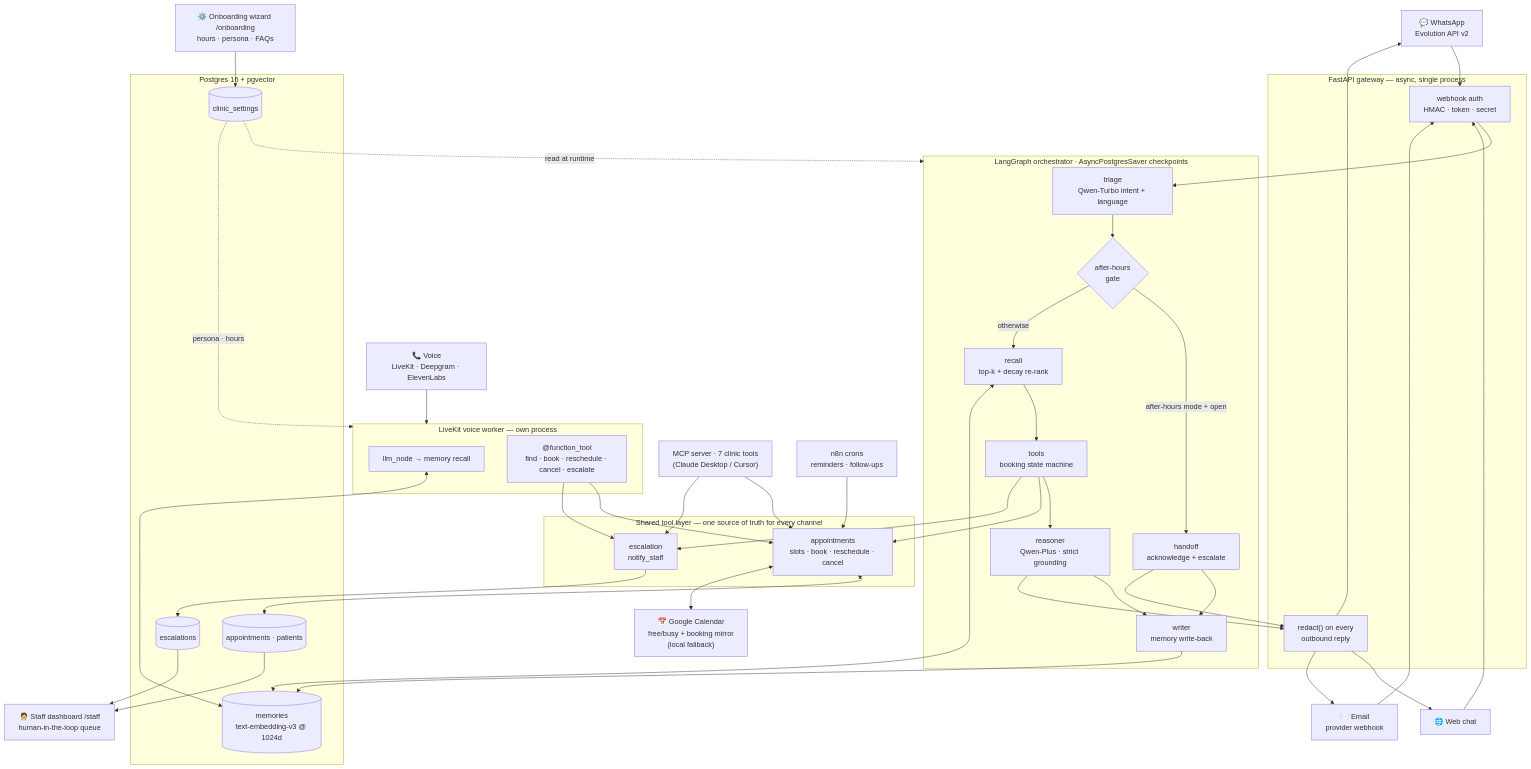
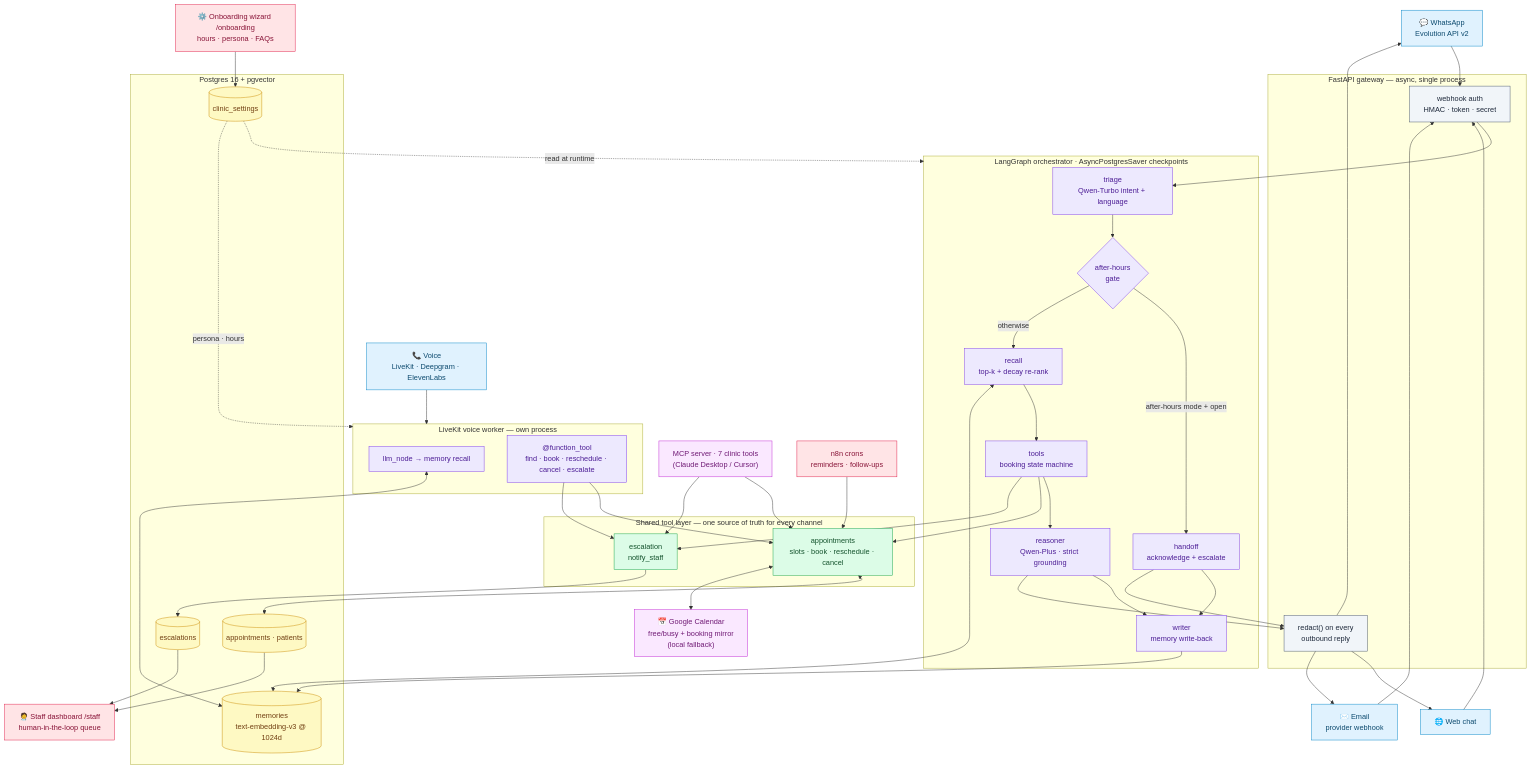
One commit to Otitodev/Maindesk changed the diagram in README.md. Above: the diagram before and after it, drawn with Mermaid. The commit also changed other lines of this file and 1 other file, not shown here.

Commit message:
Color-code the architecture diagram by layer
Add Mermaid classDef styling so the diagram reads at a glance — channels,
gateway, agent brain, shared tool layer, data, ops surfaces, and external
integrations each get a colour, with a legend in the README. Re-rendered
docs/architecture.png; validated with mermaid-cli.

https://claude.ai/code/session_01WMhdcasFLuyCec9vfBZ1QV

````diff
--- a/README.md
+++ b/README.md
@@ -102,4 +102,20 @@
     CFG -.->|read at runtime| LG
     CFG -.->|persona · hours| VOICEW
     N8N --> APPTS
+
+    classDef channel fill:#e0f2fe,stroke:#0284c7,color:#0c4a6e;
+    classDef gateway fill:#f1f5f9,stroke:#475569,color:#1e293b;
+    classDef brain fill:#ede9fe,stroke:#7c3aed,color:#4c1d95;
+    classDef tools fill:#dcfce7,stroke:#16a34a,color:#14532d;
+    classDef data fill:#fef9c3,stroke:#ca8a04,color:#713f12;
+    classDef ops fill:#ffe4e6,stroke:#e11d48,color:#881337;
+    classDef ext fill:#fae8ff,stroke:#c026d3,color:#701a75;
+
+    class VOICE,WA,WEB,EMAIL channel;
+    class AUTH,REDACT gateway;
+    class TRIAGE,GATE,HANDOFF,RECALL,TOOLS,REASONER,WRITER,LLMNODE,FTOOLS brain;
+    class APPTS,ESC tools;
+    class MEM,APPT,ESCT,CFG data;
+    class STAFF,ONB,N8N ops;
+    class MCP,CAL ext;
 ```
````
